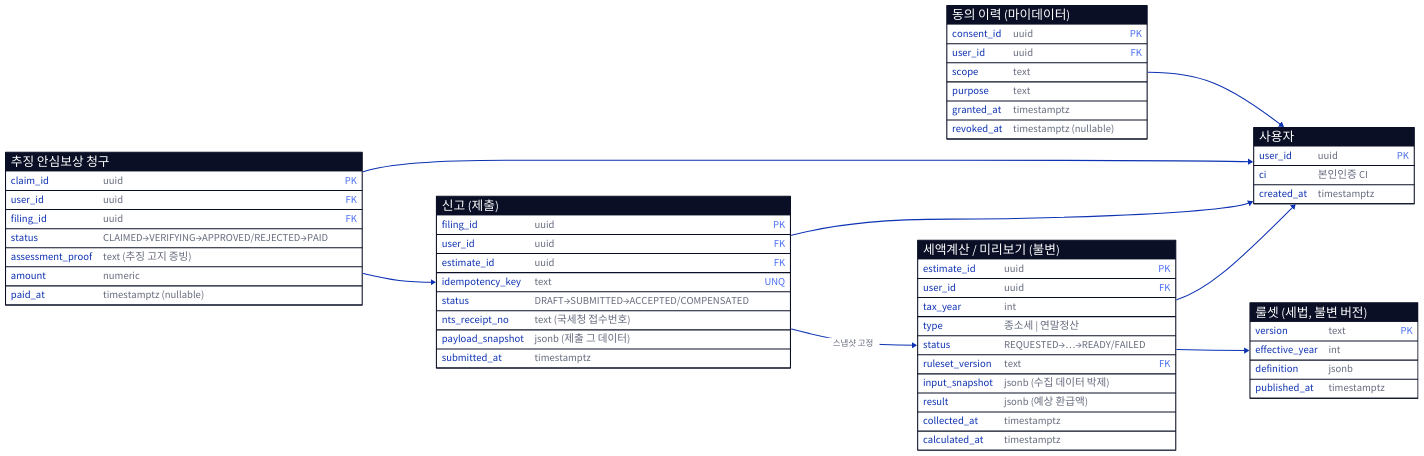
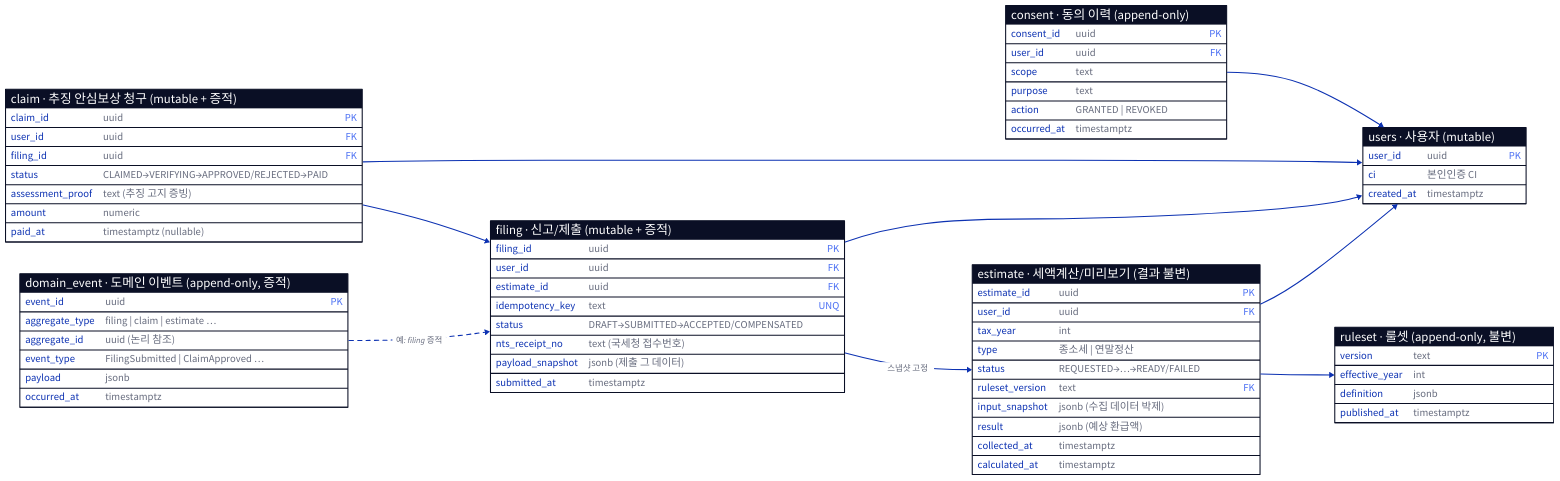
Before and after one commit to Hyune-s-lab/my-ai-study: the diagram in system-design/assets/종소세-도메인-ERD.d2, drawn with D2. The commit also changed 2 other files, not shown here.

Commit message:
docs: 테이블 성격(mutable/append-only)·증적 정책 추가 + ERD 보강
- 테이블별 mutable vs append-only 분류 + 증적 방식 표
- 증적 backbone = 도메인 이벤트 로그(Spring Modulith 아웃박스→Kafka+domain_event), 불변 스냅샷, JaVers/Envers는 선택
- ERD: 제목 영어 먼저·한글 뒤 병기, consent append-only(action/occurred_at), domain_event 테이블 추가

```diff
--- a/system-design/assets/종소세-도메인-ERD.d2
+++ b/system-design/assets/종소세-도메인-ERD.d2
@@ -1,67 +1,77 @@
 direction: right
 vars: { d2-config: { pad: 30 } }
 
-users: "사용자" {
+users: "users · 사용자 (mutable)" {
   shape: sql_table
   user_id: uuid { constraint: primary_key }
   ci: "본인인증 CI"
   created_at: timestamptz
 }
-consent: "동의 이력 (마이데이터)" {
+consent: "consent · 동의 이력 (append-only)" {
   shape: sql_table
   consent_id: uuid { constraint: primary_key }
   user_id: uuid { constraint: foreign_key }
   scope: text
   purpose: text
-  granted_at: timestamptz
-  revoked_at: "timestamptz (nullable)"
+  action: "GRANTED | REVOKED"
+  occurred_at: timestamptz
 }
-ruleset: "룰셋 (세법, 불변 버전)" {
+ruleset: "ruleset · 룰셋 (append-only, 불변)" {
   shape: sql_table
   version: text { constraint: primary_key }
   effective_year: int
   definition: jsonb
   published_at: timestamptz
 }
-estimate: "세액계산 / 미리보기 (불변)" {
+estimate: "estimate · 세액계산/미리보기 (결과 불변)" {
   shape: sql_table
   estimate_id: uuid { constraint: primary_key }
   user_id: uuid { constraint: foreign_key }
   tax_year: int
   type: "종소세 | 연말정산"
   status: "REQUESTED→…→READY/FAILED"
   ruleset_version: text { constraint: foreign_key }
   input_snapshot: "jsonb (수집 데이터 박제)"
   result: "jsonb (예상 환급액)"
   collected_at: timestamptz
   calculated_at: timestamptz
 }
-filing: "신고 (제출)" {
+filing: "filing · 신고/제출 (mutable + 증적)" {
   shape: sql_table
   filing_id: uuid { constraint: primary_key }
   user_id: uuid { constraint: foreign_key }
   estimate_id: uuid { constraint: foreign_key }
   idempotency_key: text { constraint: unique }
   status: "DRAFT→SUBMITTED→ACCEPTED/COMPENSATED"
   nts_receipt_no: "text (국세청 접수번호)"
   payload_snapshot: "jsonb (제출 그 데이터)"
   submitted_at: timestamptz
 }
-claim: "추징 안심보상 청구" {
+claim: "claim · 추징 안심보상 청구 (mutable + 증적)" {
   shape: sql_table
   claim_id: uuid { constraint: primary_key }
   user_id: uuid { constraint: foreign_key }
   filing_id: uuid { constraint: foreign_key }
   status: "CLAIMED→VERIFYING→APPROVED/REJECTED→PAID"
   assessment_proof: "text (추징 고지 증빙)"
   amount: numeric
   paid_at: "timestamptz (nullable)"
 }
+event: "domain_event · 도메인 이벤트 (append-only, 증적)" {
+  shape: sql_table
+  event_id: uuid { constraint: primary_key }
+  aggregate_type: "filing | claim | estimate …"
+  aggregate_id: "uuid (논리 참조)"
+  event_type: "FilingSubmitted | ClaimApproved …"
+  payload: jsonb
+  occurred_at: timestamptz
+}
 
 consent.user_id -> users.user_id
 estimate.user_id -> users.user_id
 estimate.ruleset_version -> ruleset.version
 filing.user_id -> users.user_id
 filing.estimate_id -> estimate.estimate_id: "스냅샷 고정"
 claim.user_id -> users.user_id
 claim.filing_id -> filing.filing_id
+event.aggregate_id -> filing.filing_id: "예: filing 증적" { style.stroke-dash: 4 }
```
